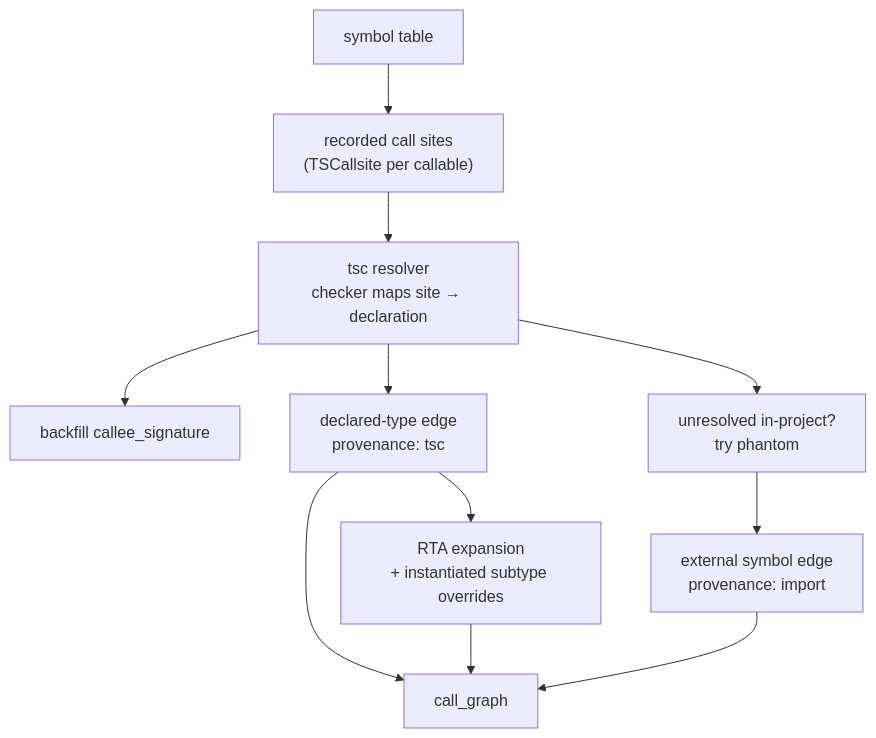
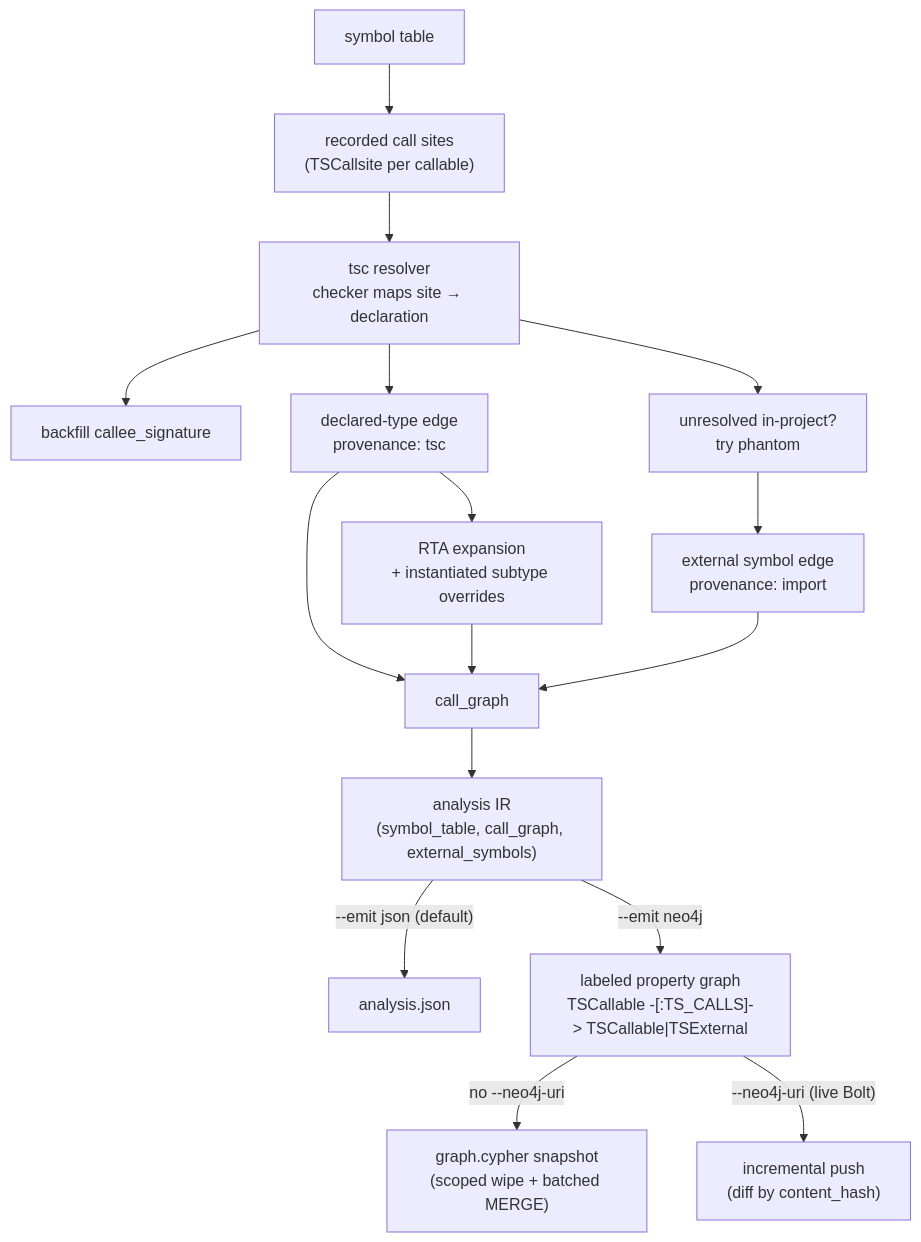
The first of 2 diagrams in src/content/docs/guides/call-graph.mdx (codellm-devkit/codeanalyzer-typescript), drawn with Mermaid before and after one commit. The commit also changed other lines of this file and 13 other files, not shown here.

First line of the commit message:
docs: document Neo4j property-graph output (scale, Kubernetes, enterprise)

````diff
--- a/src/content/docs/guides/call-graph.mdx
+++ b/src/content/docs/guides/call-graph.mdx
@@ -10,19 +12,28 @@
 ```mermaid
 flowchart TB
     ST[symbol table] --> CS["recorded call sites
 (TSCallsite per callable)"]
     CS --> R["tsc resolver
 checker maps site → declaration"]
     R --> BF[backfill callee_signature]
     R --> DT["declared-type edge
 provenance: tsc"]
     DT --> RTA["RTA expansion
 + instantiated subtype overrides"]
     R --> PH["unresolved in-project?
 try phantom"]
     PH --> EXT["external symbol edge
 provenance: import"]
     DT --> CG[call_graph]
     RTA --> CG
     EXT --> CG
+    CG --> IR["analysis IR
+(symbol_table, call_graph, external_symbols)"]
+    IR -->|"--emit json (default)"| JSON[analysis.json]
+    IR -->|"--emit neo4j"| PG["labeled property graph
+TSCallable -[:TS_CALLS]-> TSCallable|TSExternal"]
+    PG -->|"no --neo4j-uri"| SNAP["graph.cypher snapshot
+(scoped wipe + batched MERGE)"]
+    PG -->|"--neo4j-uri (live Bolt)"| BOLT["incremental push
+(diff by content_hash)"]
 ```
````
